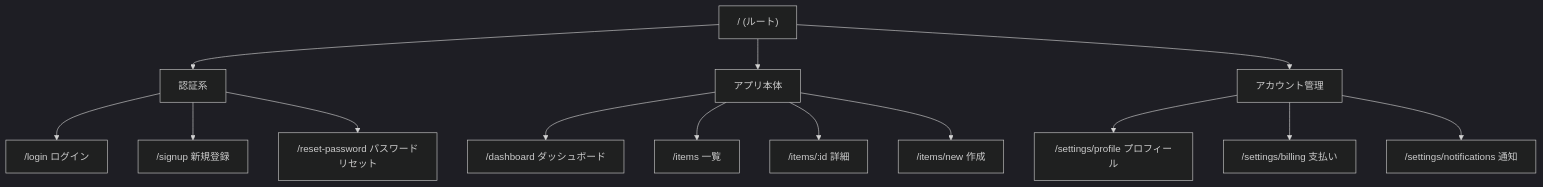
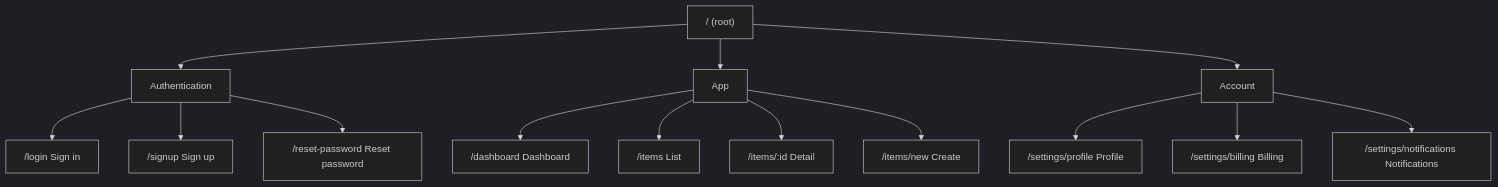
Before and after one commit to tarabakz25/my-skills: the diagram in ui-ux-designer/references/style-guide.md, drawn with Mermaid (dark theme). The commit also changed other lines of this file and 27 other files, not shown here.

````diff
--- a/ui-ux-designer/references/style-guide.md
+++ b/ui-ux-designer/references/style-guide.md
@@ -43,20 +43,20 @@
 ```mermaid
 graph TD
-  ROOT["/ (ルート)"]
-  ROOT --> AUTH["認証系"]
-  ROOT --> APP["アプリ本体"]
-  ROOT --> ACCOUNT["アカウント管理"]
+  ROOT["/ (root)"]
+  ROOT --> AUTH["Authentication"]
+  ROOT --> APP["App"]
+  ROOT --> ACCOUNT["Account"]
 
-  AUTH --> LOGIN["/login ログイン"]
-  AUTH --> SIGNUP["/signup 新規登録"]
-  AUTH --> RESET["/reset-password パスワードリセット"]
+  AUTH --> LOGIN["/login Sign in"]
+  AUTH --> SIGNUP["/signup Sign up"]
+  AUTH --> RESET["/reset-password Reset password"]
 
-  APP --> DASHBOARD["/dashboard ダッシュボード"]
-  APP --> LIST["/items 一覧"]
-  APP --> DETAIL["/items/:id 詳細"]
-  APP --> CREATE["/items/new 作成"]
+  APP --> DASHBOARD["/dashboard Dashboard"]
+  APP --> LIST["/items List"]
+  APP --> DETAIL["/items/:id Detail"]
+  APP --> CREATE["/items/new Create"]
 
-  ACCOUNT --> PROFILE["/settings/profile プロフィール"]
-  ACCOUNT --> BILLING["/settings/billing 支払い"]
-  ACCOUNT --> NOTIFY["/settings/notifications 通知"]
+  ACCOUNT --> PROFILE["/settings/profile Profile"]
+  ACCOUNT --> BILLING["/settings/billing Billing"]
+  ACCOUNT --> NOTIFY["/settings/notifications Notifications"]
 ```
````
